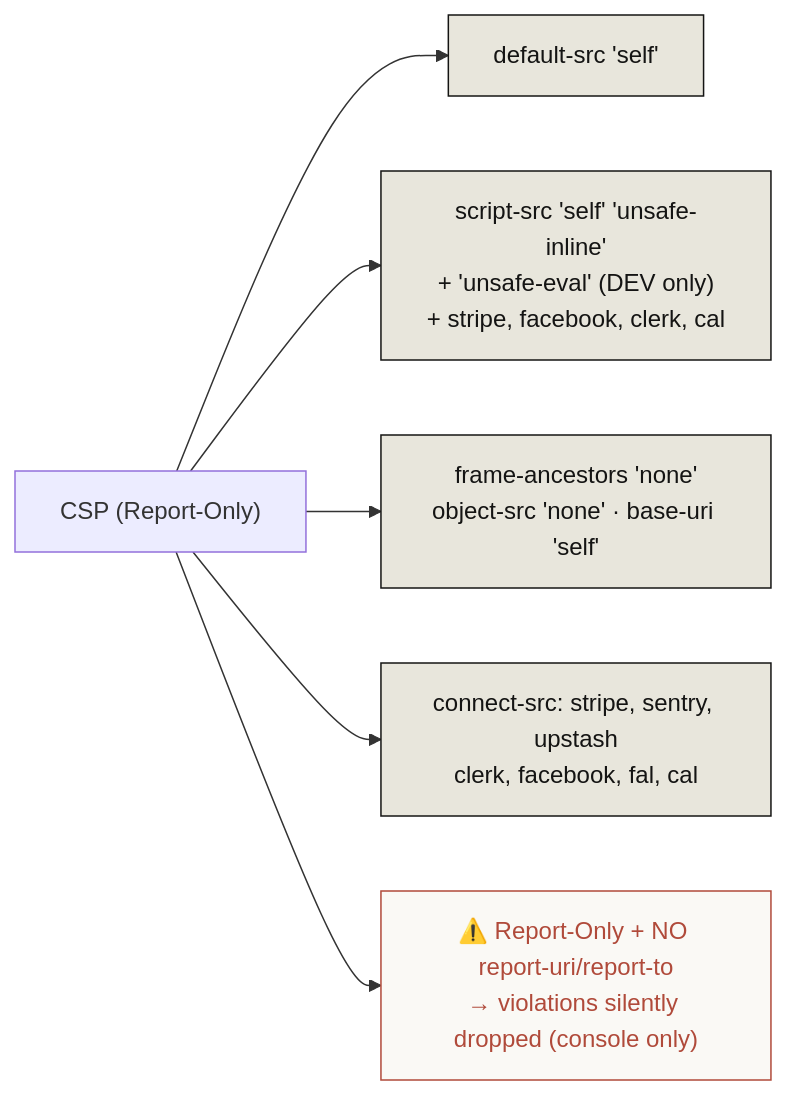
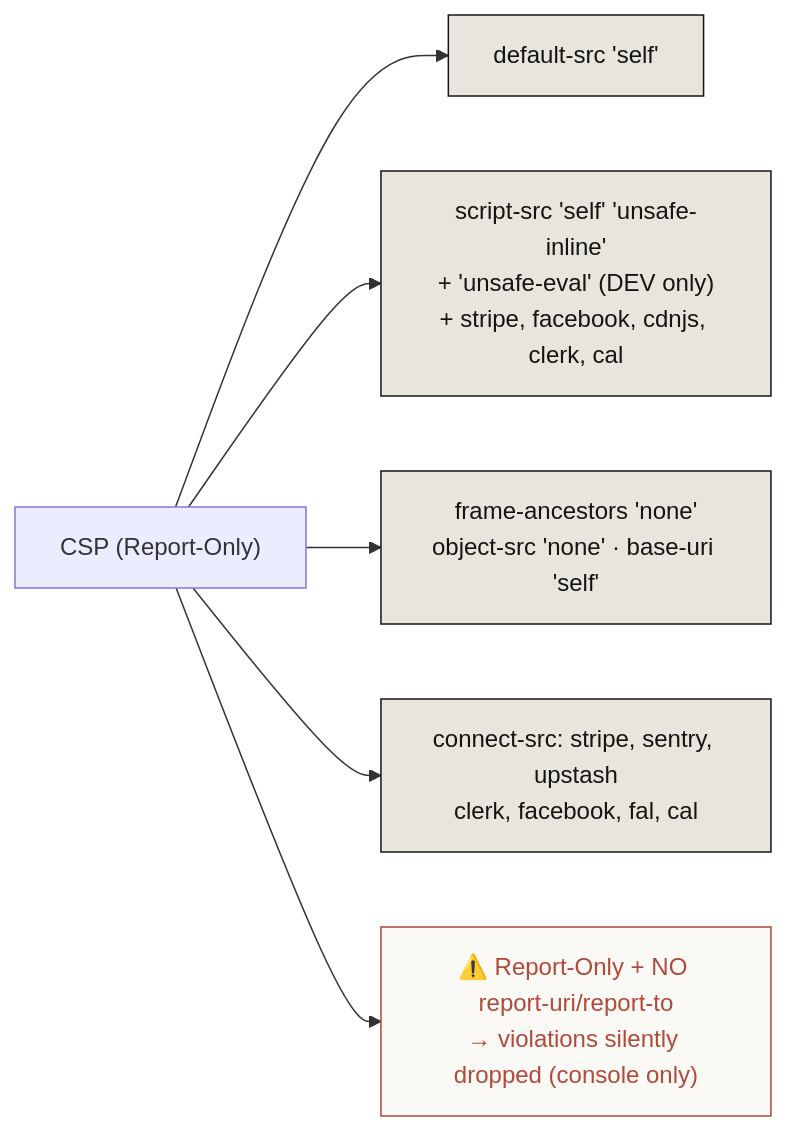
Before and after one commit to conceptsdeveloped/stowstack-next: the second of 7 diagrams in docs/systems/11-security-compliance.md, drawn with Mermaid. The commit also changed other lines of this file and 8 other files, not shown here.

````diff
--- a/docs/systems/11-security-compliance.md
+++ b/docs/systems/11-security-compliance.md
@@ -55,14 +55,14 @@
 ```mermaid
 graph LR
     CSP["CSP (Report-Only)"]
     CSP --> D1["default-src 'self'"]
-    CSP --> D2["script-src 'self' 'unsafe-inline'<br/>+ 'unsafe-eval' (DEV only)<br/>+ stripe, facebook, clerk, cal"]
+    CSP --> D2["script-src 'self' 'unsafe-inline'<br/>+ 'unsafe-eval' (DEV only)<br/>+ stripe, facebook, cdnjs, clerk, cal"]
     CSP --> D3["frame-ancestors 'none'<br/>object-src 'none' · base-uri 'self'"]
     CSP --> D4["connect-src: stripe, sentry, upstash<br/>clerk, facebook, fal, cal"]
     CSP --> GAP["⚠️ Report-Only + NO report-uri/report-to<br/>→ violations silently dropped (console only)"]
 
     classDef c fill:#e8e6dc,stroke:#141413,color:#141413
     classDef gap fill:#faf9f5,stroke:#B04A3A,color:#B04A3A
     class D1,D2,D3,D4 c
     class GAP gap
 ```
````
